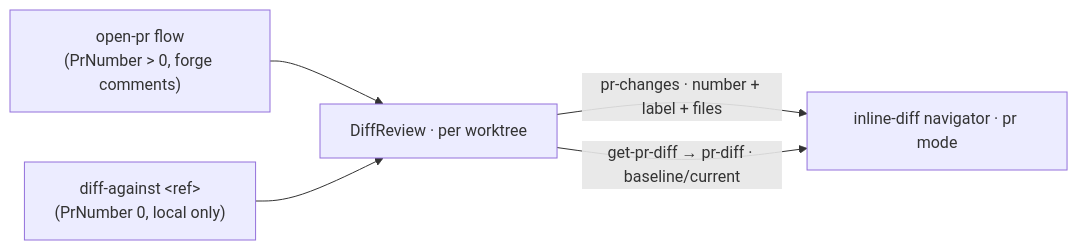
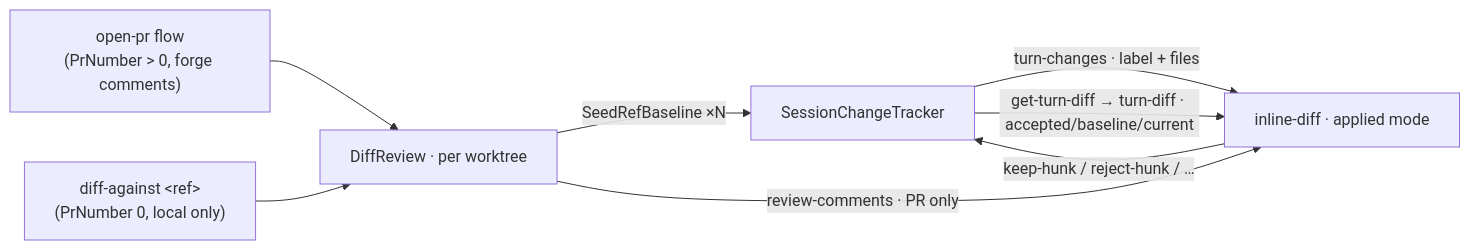
The diagram in docs/specs/diff-against.md (Kapps/weavie), drawn with Mermaid before and after one commit. The commit also changed other lines of this file and 21 other files, not shown here.

First line of the commit message:
Give Diff Against / PR review full accept/reject via the turn engine

````diff
--- a/docs/specs/diff-against.md
+++ b/docs/specs/diff-against.md
@@ -39,7 +61,10 @@
 ```mermaid
 flowchart LR
   PR["open-pr flow<br/>(PrNumber > 0, forge comments)"] --> R[DiffReview · per worktree]
   DA["diff-against &lt;ref&gt;<br/>(PrNumber 0, local only)"] --> R
-  R -->|pr-changes · number + label + files| Web[inline-diff navigator · pr mode]
-  R -->|get-pr-diff → pr-diff · baseline/current| Web
+  R -->|SeedRefBaseline ×N| T[SessionChangeTracker]
+  T -->|turn-changes · label + files| Web[inline-diff · applied mode]
+  T -->|get-turn-diff → turn-diff · accepted/baseline/current| Web
+  R -->|review-comments · PR only| Web
+  Web -->|keep-hunk / reject-hunk / … | T
 ```
````
